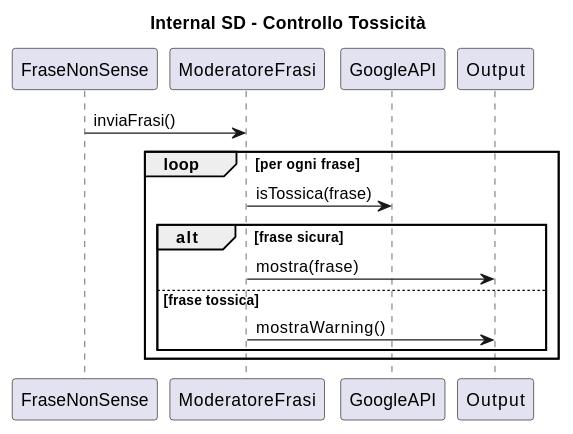
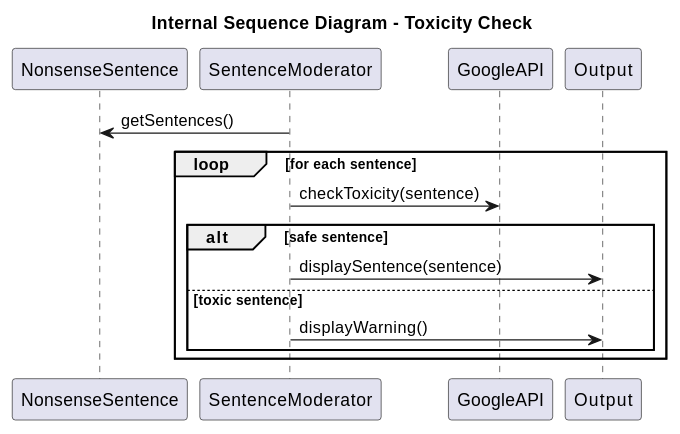
One commit to TognonGiac/nonsensegenerator changed the fourth of 5 diagrams in docs/resources/Sequence_Diagrams.md. Above: the diagram before and after it, drawn with PlantUML. The commit also changed other lines of this file, not shown here.

````diff
--- a/docs/resources/Sequence_Diagrams.md
+++ b/docs/resources/Sequence_Diagrams.md
@@ -90,20 +90,20 @@
 ```plantuml
 @startuml
-title Internal SD – Controllo Tossicità
+title Internal Sequence Diagram – Toxicity Check
 
-participant FraseNonSense
-participant ModeratoreFrasi
+participant NonsenseSentence
+participant SentenceModerator
 participant GoogleAPI
 participant Output
 
-FraseNonSense -> ModeratoreFrasi : inviaFrasi()
-loop per ogni frase
-  ModeratoreFrasi -> GoogleAPI : isTossica(frase)
-  alt frase sicura
-    ModeratoreFrasi -> Output : mostra(frase)
-  else frase tossica
-    ModeratoreFrasi -> Output : mostraWarning()
+SentenceModerator -> NonsenseSentence : getSentences()
+loop for each sentence
+  SentenceModerator -> GoogleAPI : checkToxicity(sentence)
+  alt safe sentence
+    SentenceModerator -> Output : displaySentence(sentence)
+  else toxic sentence
+    SentenceModerator -> Output : displayWarning()
   end
 end
 @enduml
 ```
````
